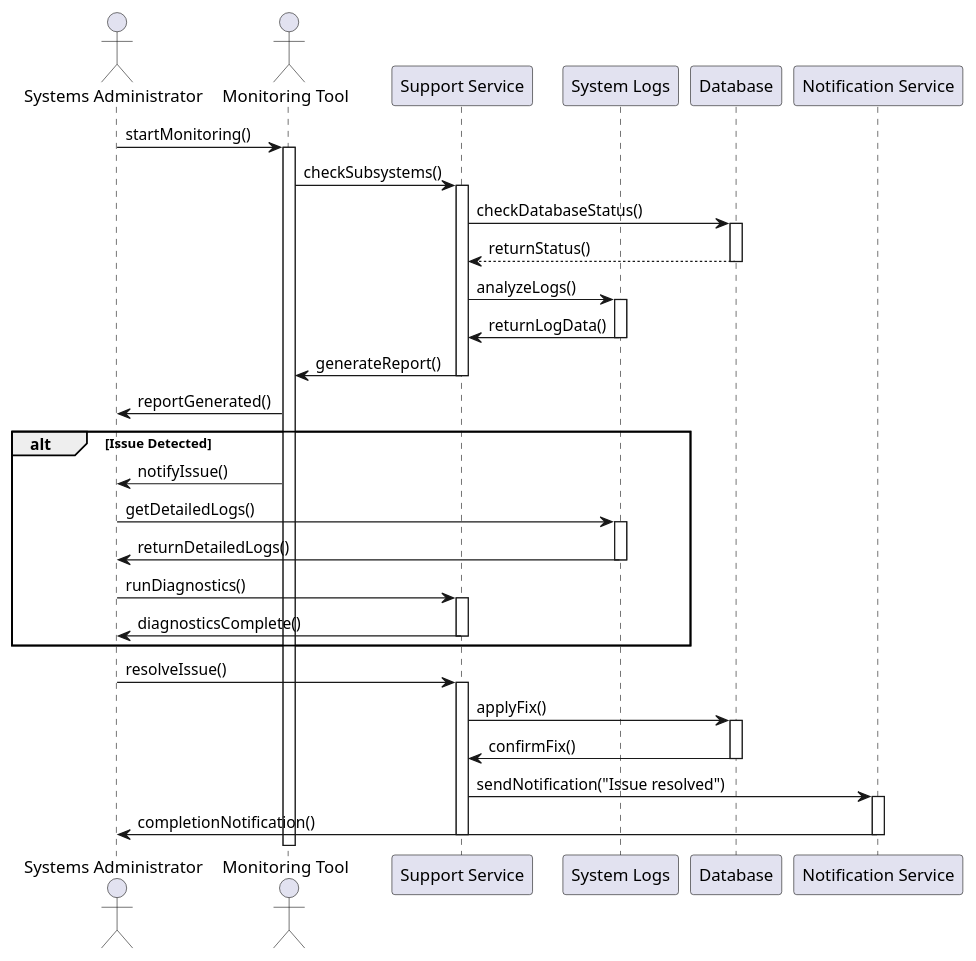
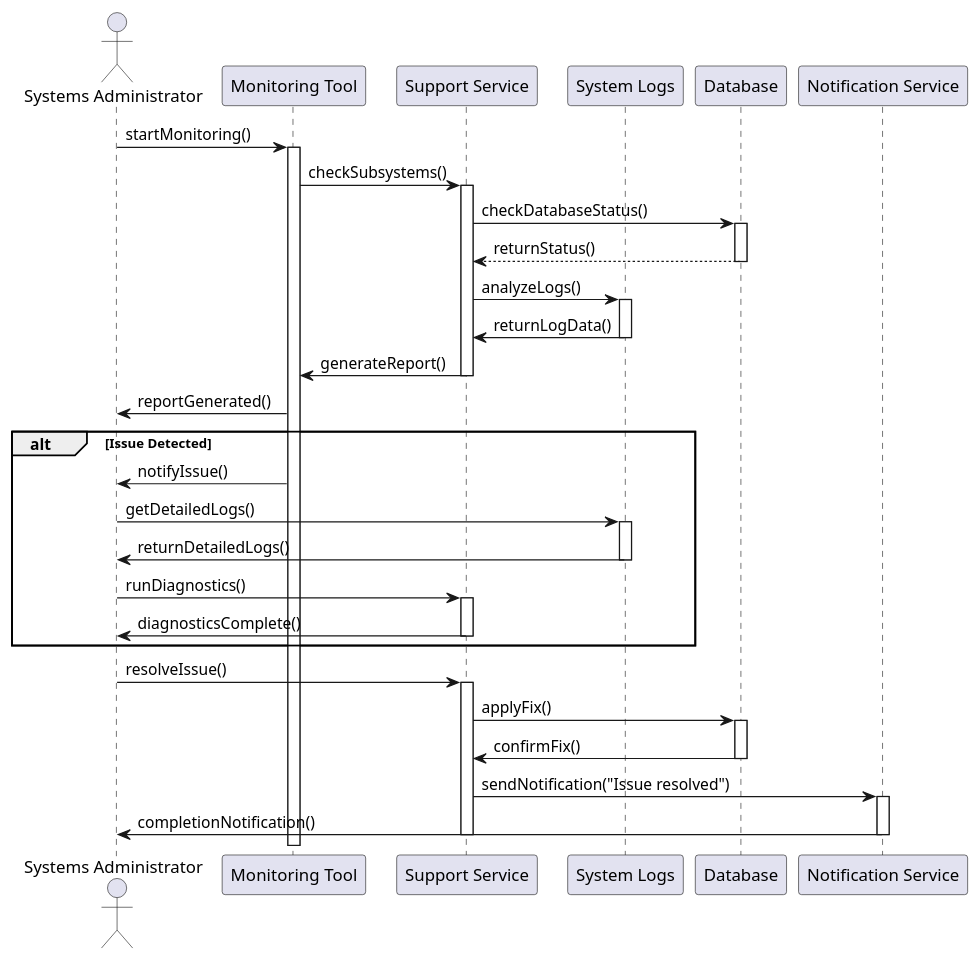
One commit to penamarth/bsbo-01-22_team5_var7 changed the diagram in Прецеденты/Техническая поддержка/Диаграмма последовательности Техническая поддержка.md. Above: the diagram before and after it, drawn with PlantUML.

Commit message:
Update Диаграмма последовательности Техническая поддержка.md

````diff
--- a/Прецеденты/Техническая поддержка/Диаграмма последовательности Техническая поддержка.md
+++ b/Прецеденты/Техническая поддержка/Диаграмма последовательности Техническая поддержка.md
@@ -1,51 +1,51 @@
 ```plantuml
 @startuml
 actor "Systems Administrator" as SA
-actor "Monitoring Tool" as MT
+participant "Monitoring Tool" as MT
 participant "Support Service" as SS
 participant "System Logs" as Logs
 participant "Database" as DB
 participant "Notification Service" as NS
 
 SA -> MT : startMonitoring()
 activate MT
 MT -> SS : checkSubsystems()
 activate SS
 SS -> DB : checkDatabaseStatus()
 activate DB
 DB --> SS : returnStatus()
 deactivate DB
 SS -> Logs : analyzeLogs()
 activate Logs
 SS <- Logs : returnLogData()
 deactivate Logs
 MT <- SS : generateReport()
 deactivate SS
 SA <- MT : reportGenerated()
 
 alt Issue Detected
 MT -> SA : notifyIssue()
 SA -> Logs : getDetailedLogs()
 activate Logs
 SA <- Logs : returnDetailedLogs()
 deactivate Logs
 SA -> SS : runDiagnostics()
 activate SS
 SA <- SS : diagnosticsComplete()
 deactivate SS
 end
 
 SA -> SS : resolveIssue()
 activate SS
 SS -> DB : applyFix()
 activate DB
 SS <- DB : confirmFix()
 deactivate DB
 SS -> NS : sendNotification("Issue resolved")
 activate NS
 SA <- NS : completionNotification()
 deactivate NS
 deactivate SS
 @enduml
 
 ```
````
